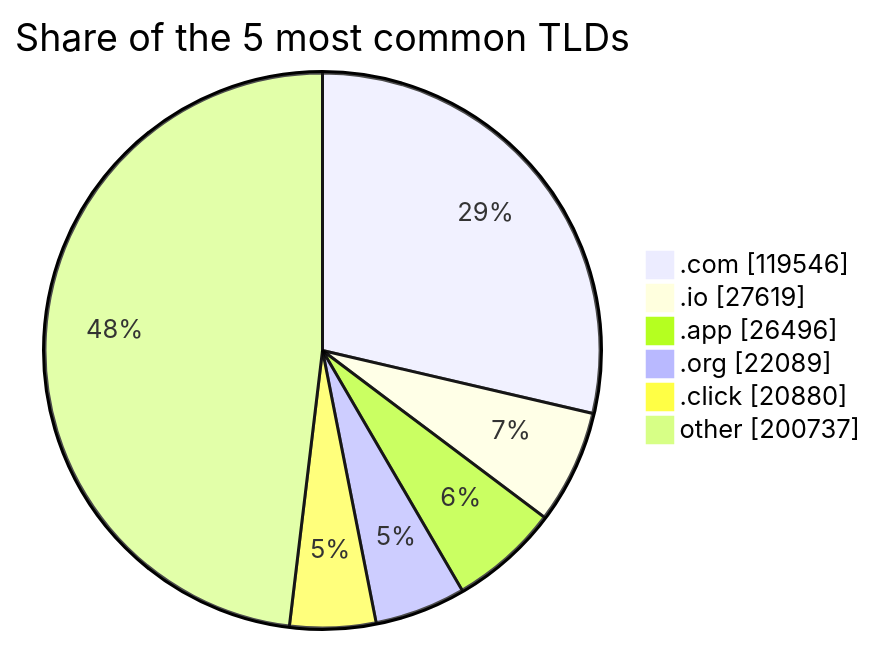
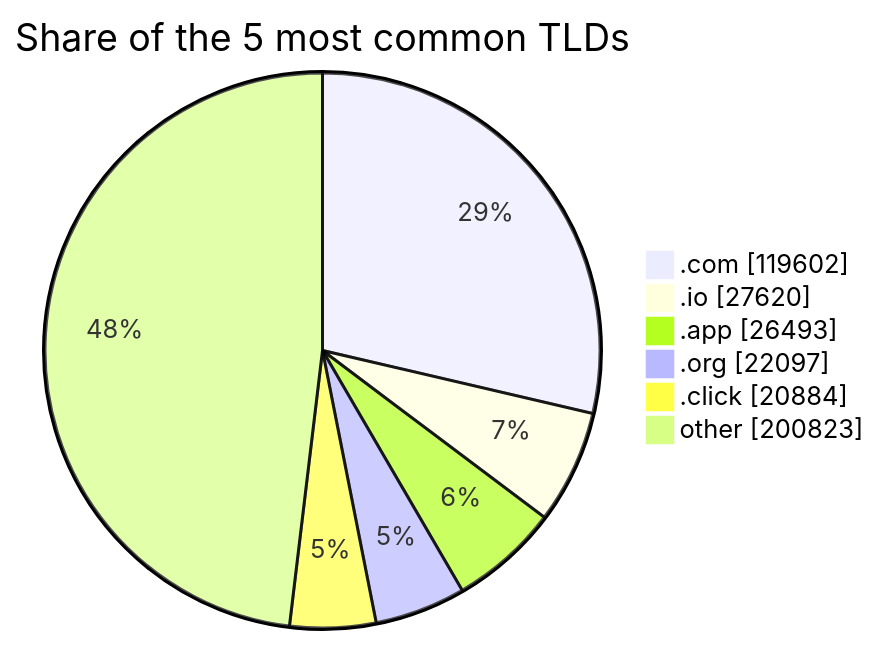
The third of 3 diagrams in README.md (DNSBunker/CTI), drawn with Mermaid before and after one commit. The commit also changed other lines of this file and 3 other files, not shown here.

````diff
--- a/README.md
+++ b/README.md
@@ -81,9 +81,9 @@
 ```mermaid
 pie showData title Share of the 5 most common TLDs
-    ".com" : 119546
-    ".io" : 27619
-    ".app" : 26496
-    ".org" : 22089
-    ".click" : 20880
-    "other" : 200737
+    ".com" : 119602
+    ".io" : 27620
+    ".app" : 26493
+    ".org" : 22097
+    ".click" : 20884
+    "other" : 200823
 ```
````
